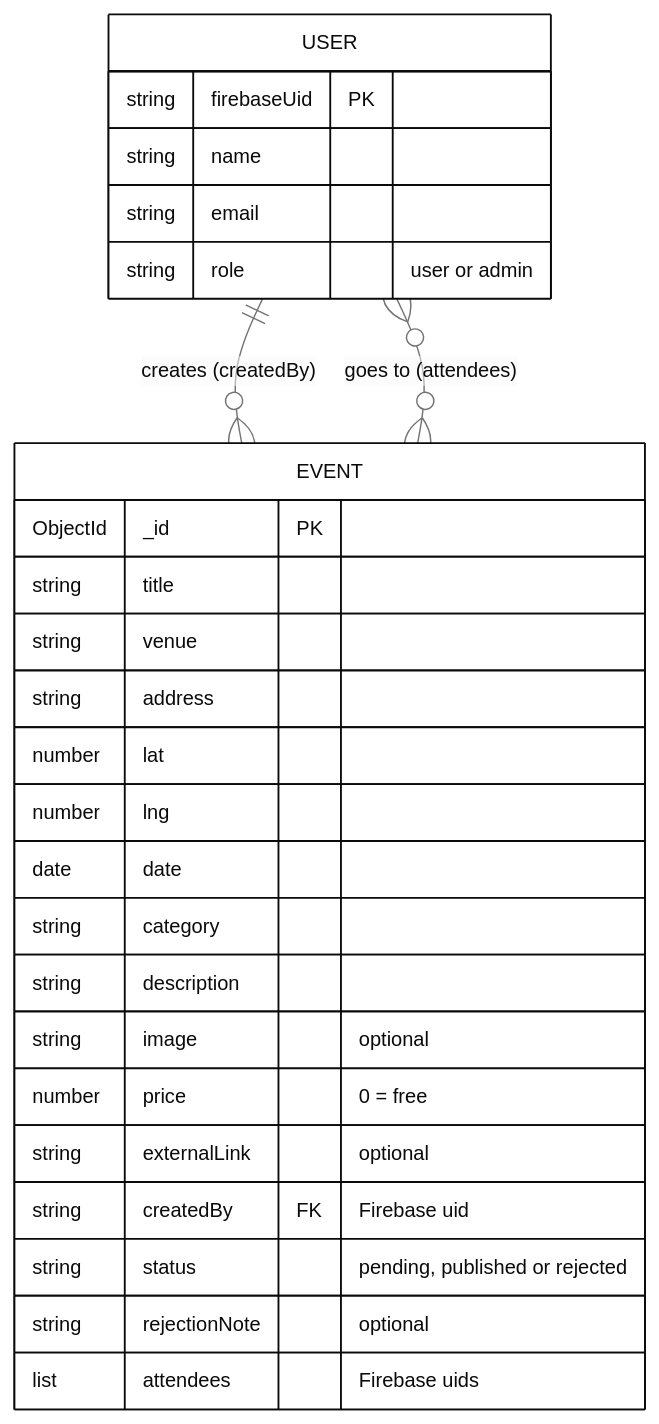
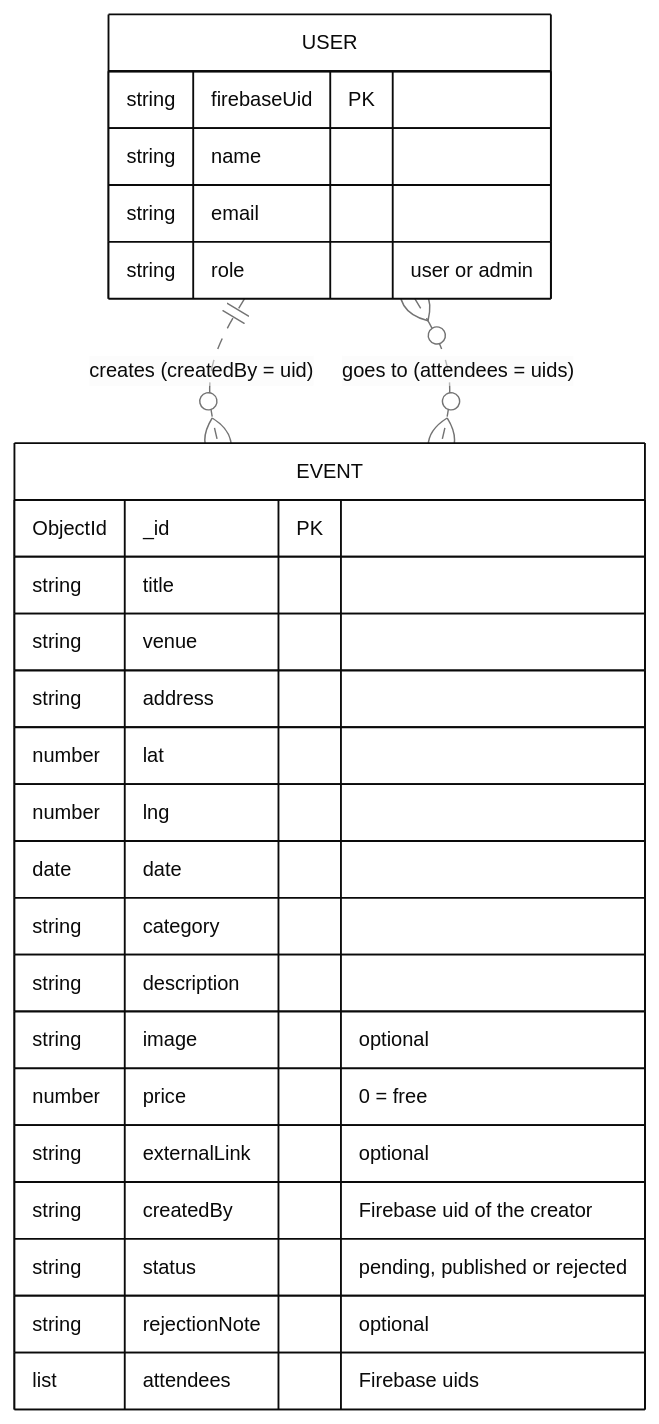
Before and after one commit to juannarowe/artroute: the fourth of 9 diagrams in README.md, drawn with Mermaid. The commit also changed other lines of this file, not shown here.

Commit message:
docs: show public vs protected routes and event visibility in the diagrams

````diff
--- a/README.md
+++ b/README.md
@@ -177,30 +208,30 @@
 ```mermaid
 %%{init: {"theme": "base", "themeVariables": {"fontFamily": "ui-sans-serif, system-ui, sans-serif", "fontSize": "14px", "primaryColor": "#ffffff", "primaryTextColor": "#0a0a0a", "primaryBorderColor": "#0a0a0a", "secondaryColor": "#f5f5f5", "tertiaryColor": "#fafafa", "lineColor": "#737373", "textColor": "#737373", "clusterBkg": "#fafafa", "clusterBorder": "#a3a3a3", "titleColor": "#0a0a0a", "edgeLabelBackground": "#ffffff", "actorBkg": "#ffffff", "actorBorder": "#0a0a0a", "actorTextColor": "#0a0a0a", "actorLineColor": "#a3a3a3", "signalColor": "#737373", "signalTextColor": "#737373", "noteBkgColor": "#f5f5f5", "noteBorderColor": "#a3a3a3", "noteTextColor": "#0a0a0a", "labelBoxBkgColor": "#ffffff", "labelBoxBorderColor": "#0a0a0a", "labelTextColor": "#0a0a0a", "loopTextColor": "#737373", "activationBkgColor": "#f5f5f5", "activationBorderColor": "#0a0a0a", "attributeBackgroundColorOdd": "#ffffff", "attributeBackgroundColorEven": "#f5f5f5"}}}%%
 erDiagram
-  USER ||--o{ EVENT : "creates (createdBy)"
-  USER }o--o{ EVENT : "goes to (attendees)"
+  USER ||..o{ EVENT : "creates (createdBy = uid)"
+  USER }o..o{ EVENT : "goes to (attendees = uids)"
   USER {
     string firebaseUid PK
     string name
     string email
     string role "user or admin"
   }
   EVENT {
     ObjectId _id PK
     string title
     string venue
     string address
     number lat
     number lng
     date date
     string category
     string description
     string image "optional"
     number price "0 = free"
     string externalLink "optional"
-    string createdBy FK "Firebase uid"
+    string createdBy "Firebase uid of the creator"
     string status "pending, published or rejected"
     string rejectionNote "optional"
     list attendees "Firebase uids"
   }
 ```
````
